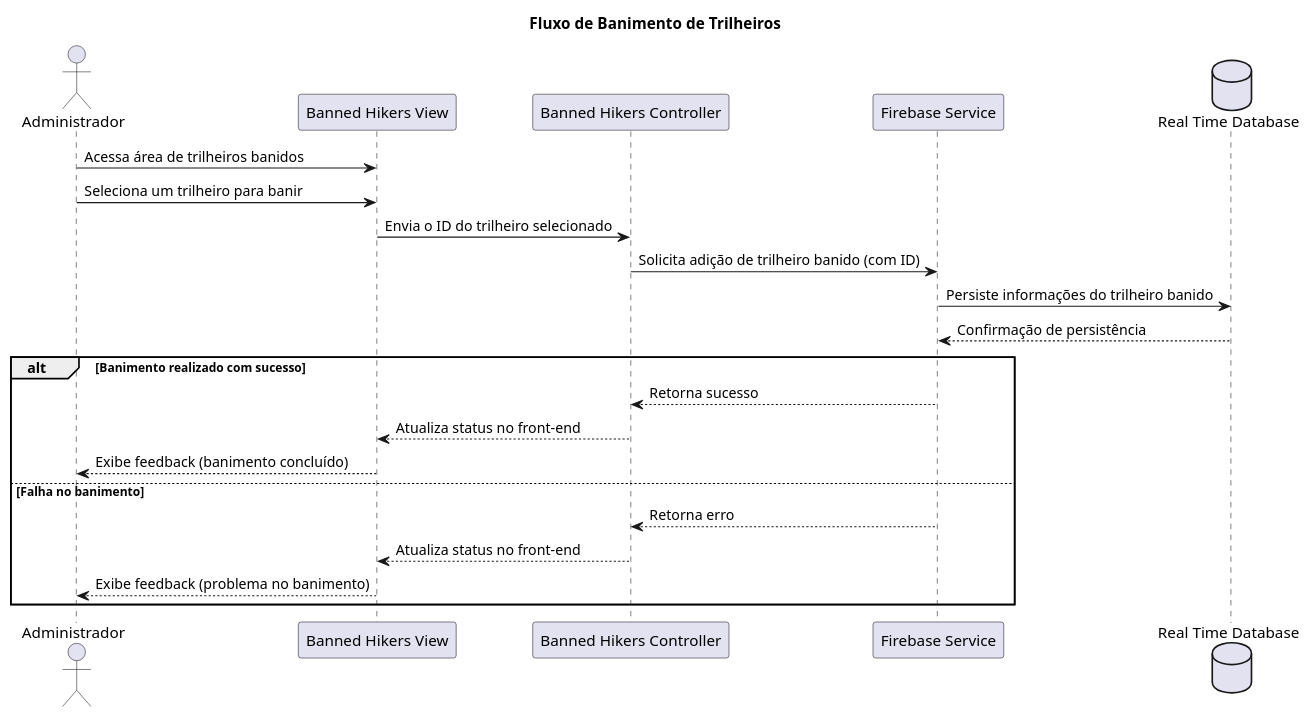
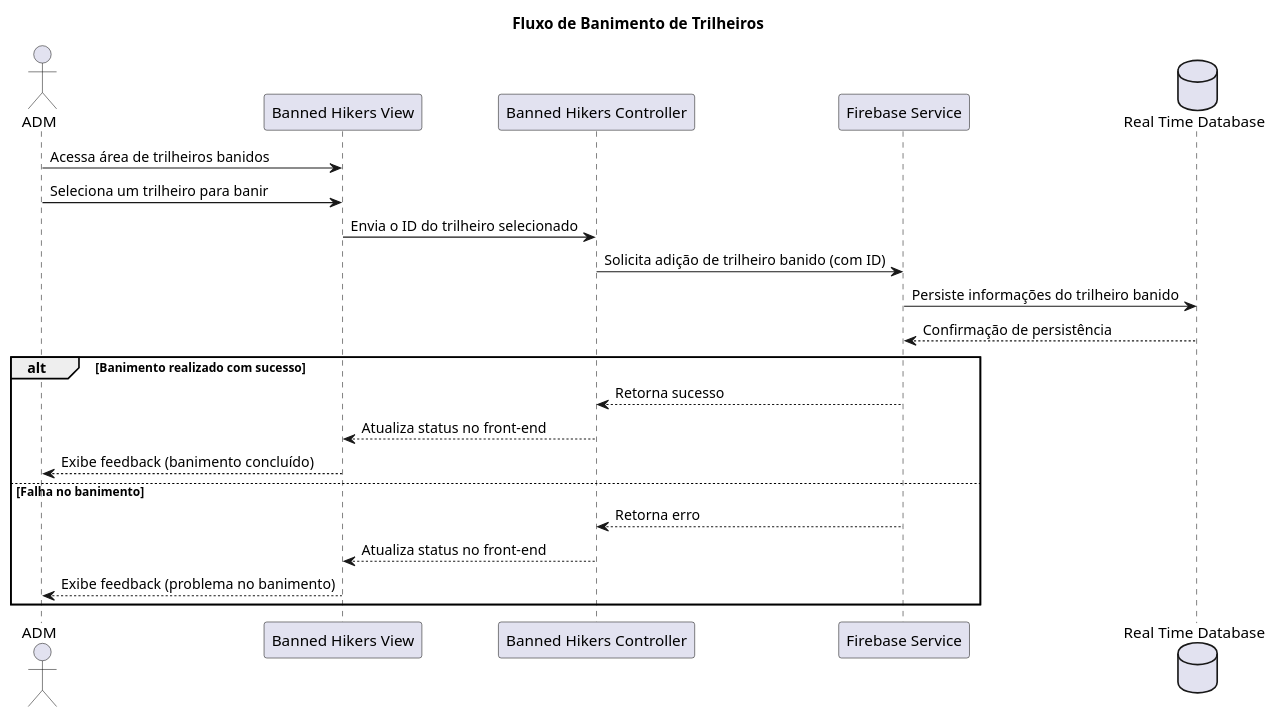
Before and after one commit to tiagors09/pe_na_pedra: the diagram in docs/diagrams/src/sequence_diagrams/pe_na_pedra_sequence_diagram_1.plantuml, drawn with PlantUML.

Commit message:
docs: :memo: using ADM instead of Administador

```diff
--- a/docs/diagrams/src/sequence_diagrams/pe_na_pedra_sequence_diagram_1.plantuml
+++ b/docs/diagrams/src/sequence_diagrams/pe_na_pedra_sequence_diagram_1.plantuml
@@ -1,30 +1,30 @@
 @startuml pe_na_pedra_sequence_diagram_1
-actor Administrador as adm
+actor ADM as adm
 
 participant "Banned Hikers View" as bannedHikersView
 participant "Banned Hikers Controller" as bannedHikersController
 participant "Firebase Service" as firebase
 database "Real Time Database" as realTimeDatabase
 
 title Fluxo de Banimento de Trilheiros
 
 adm -> bannedHikersView : Acessa área de trilheiros banidos
 adm -> bannedHikersView : Seleciona um trilheiro para banir
 
 bannedHikersView -> bannedHikersController : Envia o ID do trilheiro selecionado
 
 bannedHikersController -> firebase : Solicita adição de trilheiro banido (com ID)
 
 firebase -> realTimeDatabase : Persiste informações do trilheiro banido
 realTimeDatabase --> firebase : Confirmação de persistência
 
 alt Banimento realizado com sucesso
   firebase --> bannedHikersController : Retorna sucesso
   bannedHikersController --> bannedHikersView : Atualiza status no front-end
   bannedHikersView --> adm : Exibe feedback (banimento concluído)
 else Falha no banimento
   firebase --> bannedHikersController : Retorna erro
   bannedHikersController --> bannedHikersView : Atualiza status no front-end
   bannedHikersView --> adm : Exibe feedback (problema no banimento)
 end
 @enduml
```
